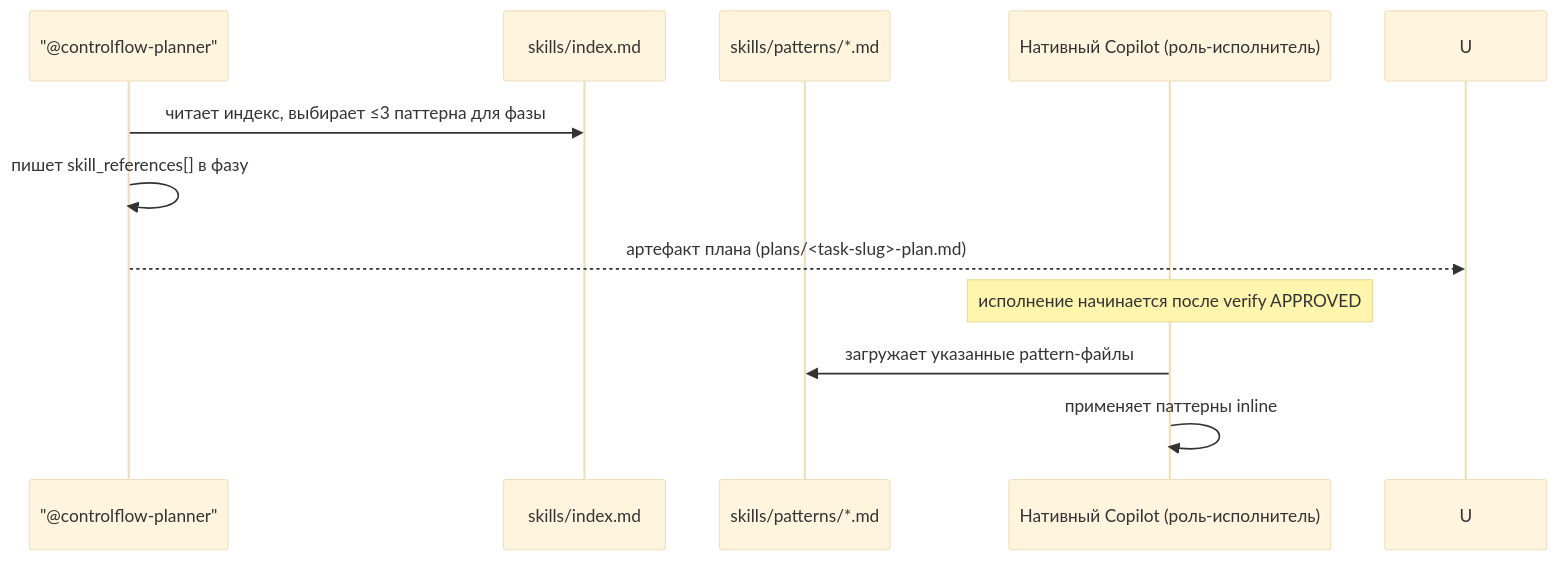
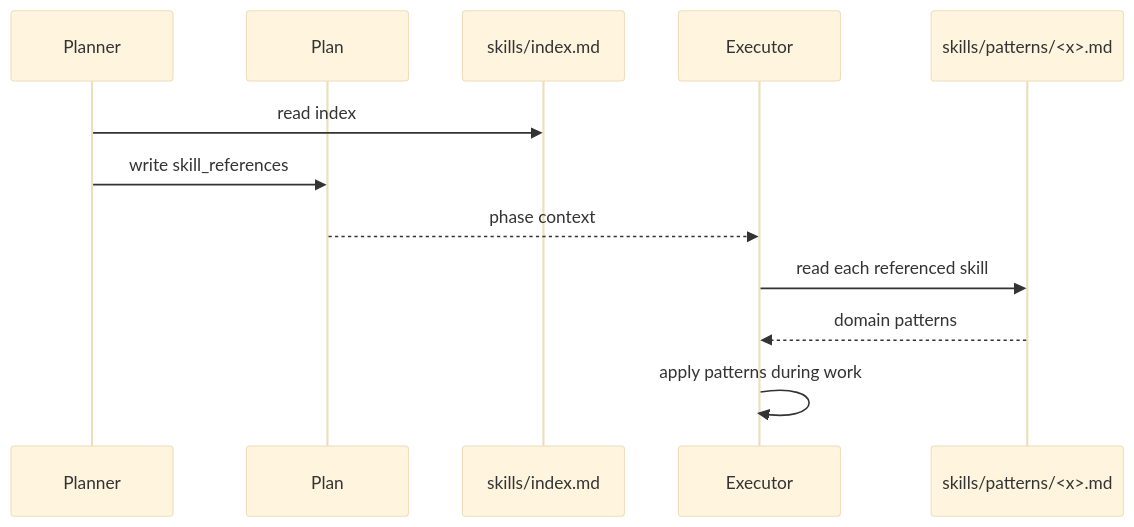
The diagram in docs/tutorial-ru/11-skills.md (Smithbox-ai/ControlFlow), drawn with Mermaid (base theme) before and after one commit. The commit also changed other lines of this file and 416 other files, not shown here.

````diff
--- a/docs/tutorial-ru/11-skills.md
+++ b/docs/tutorial-ru/11-skills.md
@@ -115,14 +57,15 @@
 ```mermaid
 sequenceDiagram
-    participant P as "@controlflow-planner"
-    participant SI as skills/index.md
-    participant SC as skills/patterns/*.md
-    participant N as Нативный Copilot (роль-исполнитель)
+    participant P as Planner
+    participant Plan as Plan
+    participant Idx as skills/index.md
+    participant E as Executor
+    participant Skill as skills/patterns/<x>.md
 
-    P->>SI: читает индекс, выбирает ≤3 паттерна для фазы
-    P->>P: пишет skill_references[] в фазу
-    P-->>U: артефакт плана (plans/<task-slug>-plan.md)
-    Note over N: исполнение начинается после verify APPROVED
-    N->>SC: загружает указанные pattern-файлы
-    N->>N: применяет паттерны inline
+    P->>Idx: read index
+    P->>Plan: write skill_references
+    Plan-->>E: phase context
+    E->>Skill: read each referenced skill
+    Skill-->>E: domain patterns
+    E->>E: apply patterns during work
 ```
````
